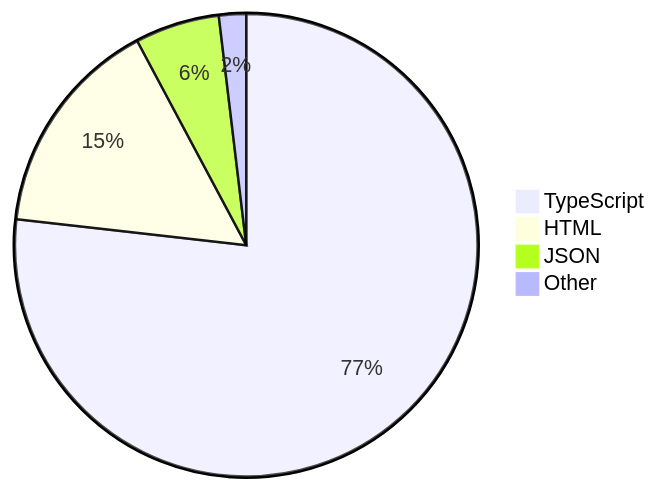
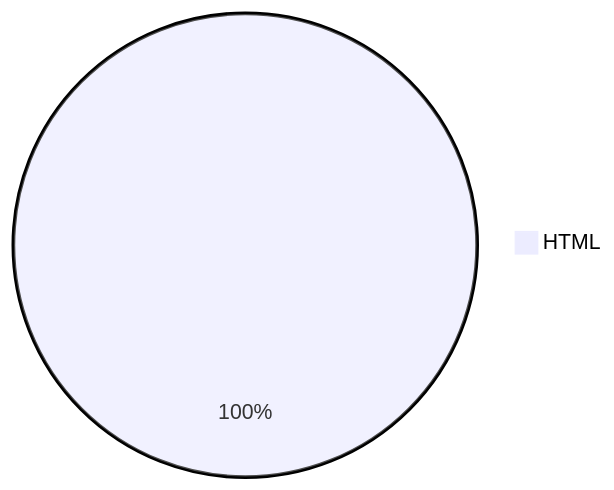
Before and after one commit to skvggor/skvggor: the diagram in README.md, drawn with Mermaid.

Commit message:
Updated waka-readme graph with new metrics

````diff
--- a/README.md
+++ b/README.md
@@ -28,7 +28,4 @@
 ```mermaid
 pie
-    "TypeScript" : 76.8
-    "HTML" : 15.4
-    "JSON" : 5.9
-    "Other" : 1.9
+    "HTML" : 100.0
 ```
````
